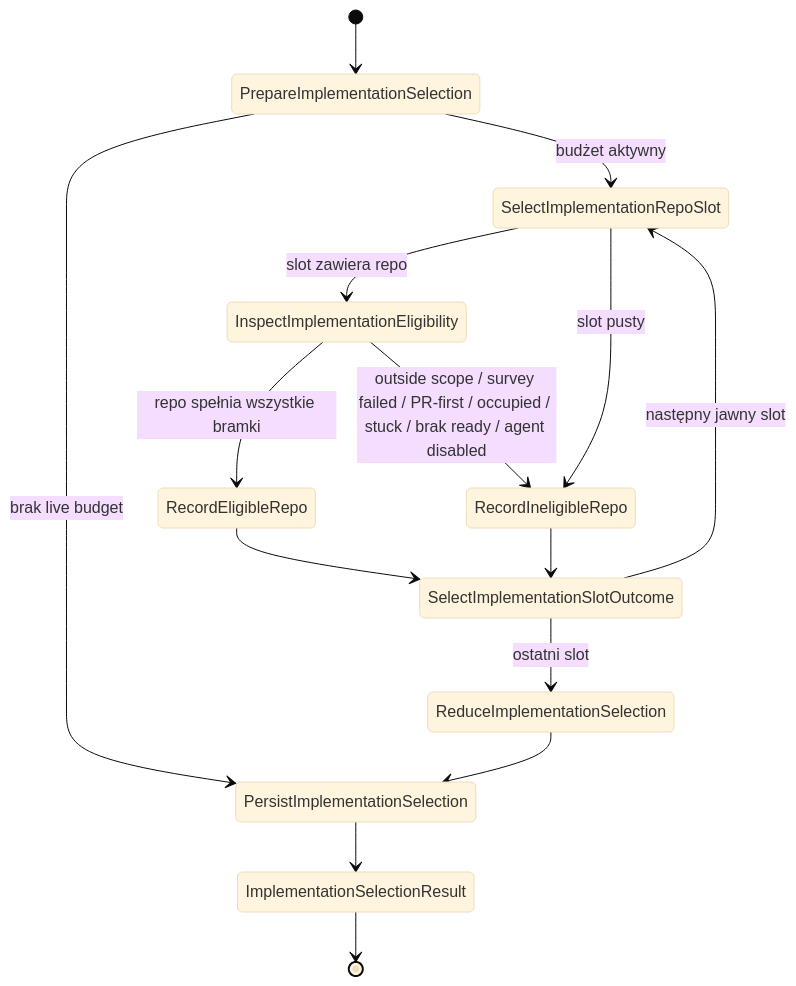
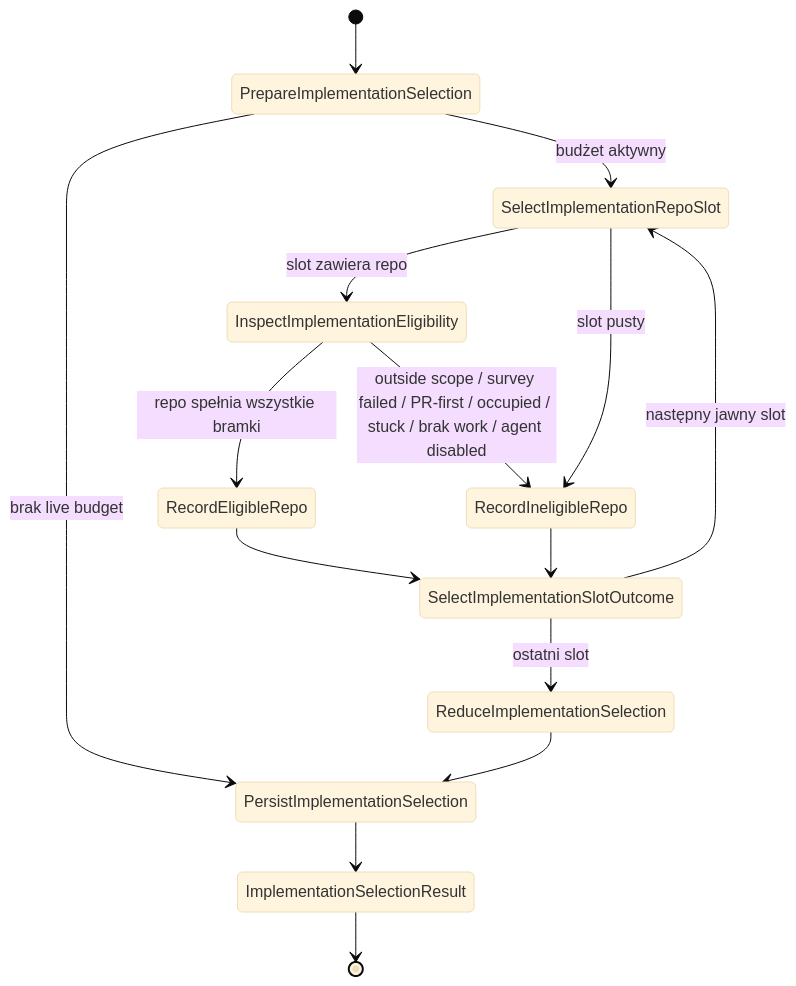
Before and after one commit to mikolaj92/lokay: diagram 32 of 39 in README.md, drawn with Mermaid (base theme). The commit also changed other lines of this file and 17 other files, not shown here.

````diff
--- a/README.md
+++ b/README.md
@@ -997,17 +997,17 @@
 ```mermaid
 stateDiagram-v2
     [*] --> PrepareImplementationSelection
     PrepareImplementationSelection --> PersistImplementationSelection: brak live budget
     PrepareImplementationSelection --> SelectImplementationRepoSlot: budżet aktywny
     SelectImplementationRepoSlot --> InspectImplementationEligibility: slot zawiera repo
     SelectImplementationRepoSlot --> RecordIneligibleRepo: slot pusty
     InspectImplementationEligibility --> RecordEligibleRepo: repo spełnia wszystkie bramki
-    InspectImplementationEligibility --> RecordIneligibleRepo: outside scope / survey failed / PR-first / occupied / stuck / brak ready / agent disabled
+    InspectImplementationEligibility --> RecordIneligibleRepo: outside scope / survey failed / PR-first / occupied / stuck / brak work / agent disabled
     RecordEligibleRepo --> SelectImplementationSlotOutcome
     RecordIneligibleRepo --> SelectImplementationSlotOutcome
     SelectImplementationSlotOutcome --> SelectImplementationRepoSlot: następny jawny slot
     SelectImplementationSlotOutcome --> ReduceImplementationSelection: ostatni slot
     ReduceImplementationSelection --> PersistImplementationSelection
     PersistImplementationSelection --> ImplementationSelectionResult
     ImplementationSelectionResult --> [*]
 ```
````
